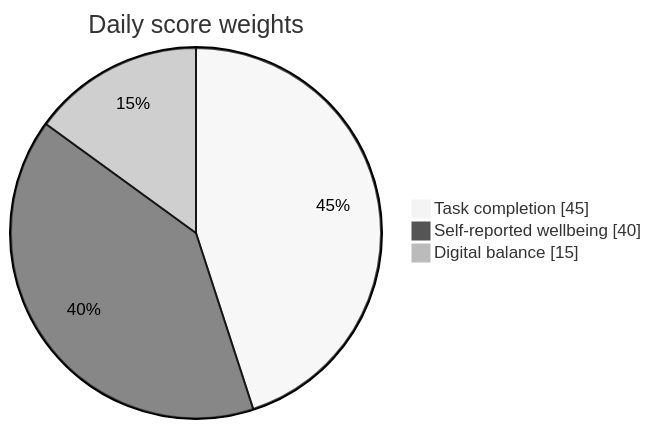
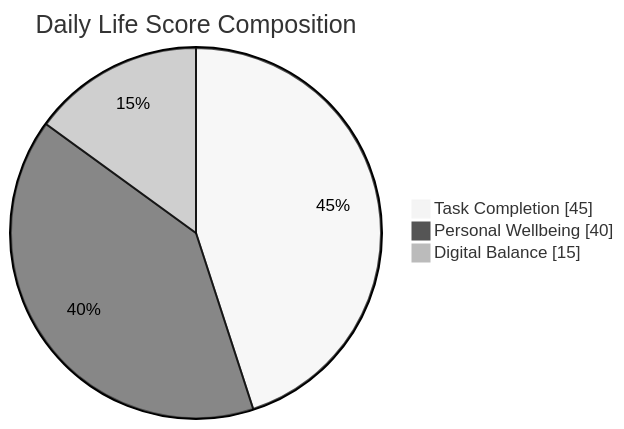
One commit to arafat-rahman-lisan/Life_Mirror changed the second of 4 diagrams in README.md. Above: the diagram before and after it, drawn with Mermaid (neutral theme). The commit also changed other lines of this file, not shown here.

First line of the commit message:
Revise README for LifeGlass branding and features

````diff
--- a/README.md
+++ b/README.md
@@ -41,7 +192,7 @@
 ```mermaid
 pie showData
-    title Daily score weights
-    "Task completion" : 45
-    "Self-reported wellbeing" : 40
-    "Digital balance" : 15
+    title Daily Life Score Composition
+    "Task Completion" : 45
+    "Personal Wellbeing" : 40
+    "Digital Balance" : 15
 ```
````
